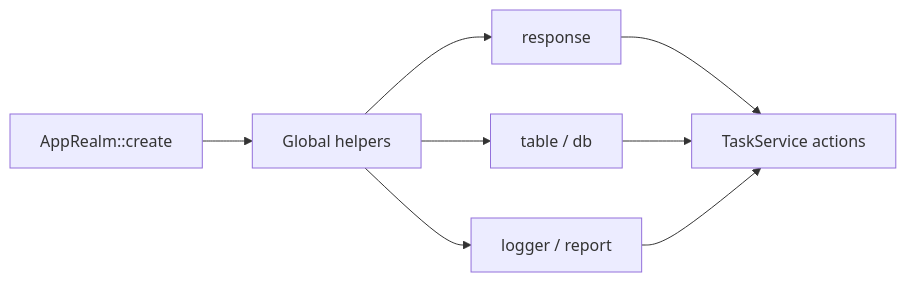
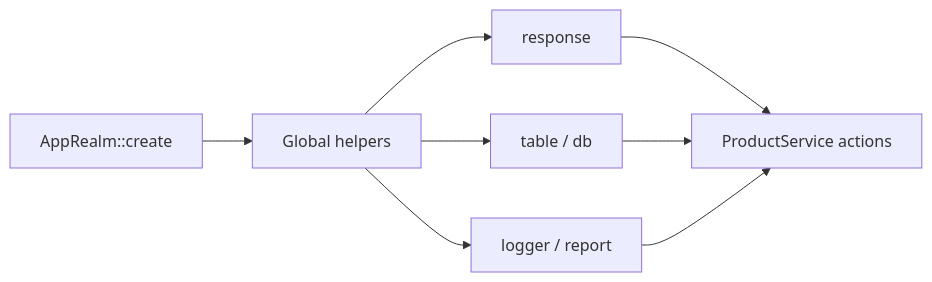
Before and after one commit to PioniaPHP-project/pionia-docs: the diagram in content/docs/documentation/extending/helpers.md, drawn with Mermaid. The commit also changed other lines of this file and 268 other files, not shown here.

```diff
--- a/content/docs/documentation/extending/helpers.md
+++ b/content/docs/documentation/extending/helpers.md
@@ -41,10 +41,10 @@
 {{< mermaid >}}
 flowchart LR
   Boot["AppRealm::create"] --> Helpers[Global helpers]
   Helpers --> R[response]
   Helpers --> T["table / db"]
   Helpers --> L["logger / report"]
-  R --> Task[TaskService actions]
+  R --> Task[ProductService actions]
   T --> Task
   L --> Task
 {{< /mermaid >}}
```
